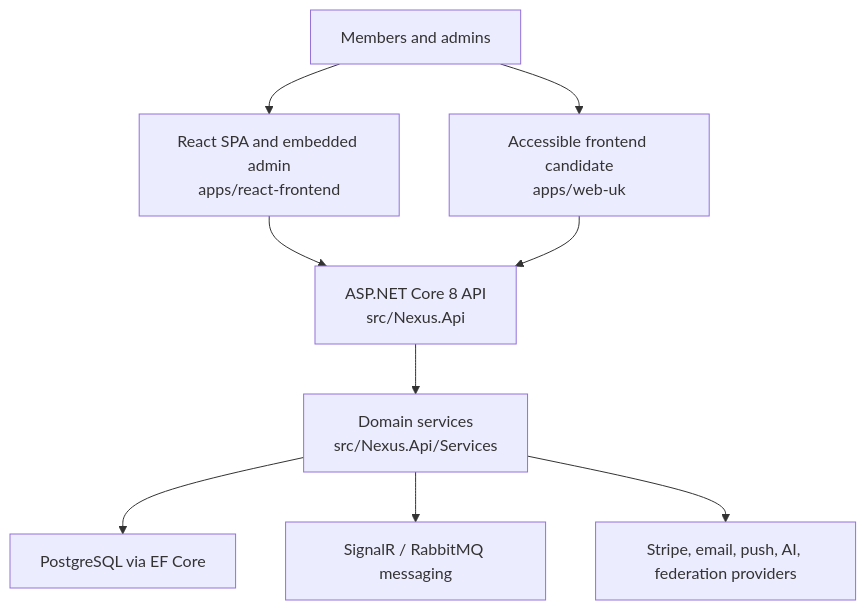
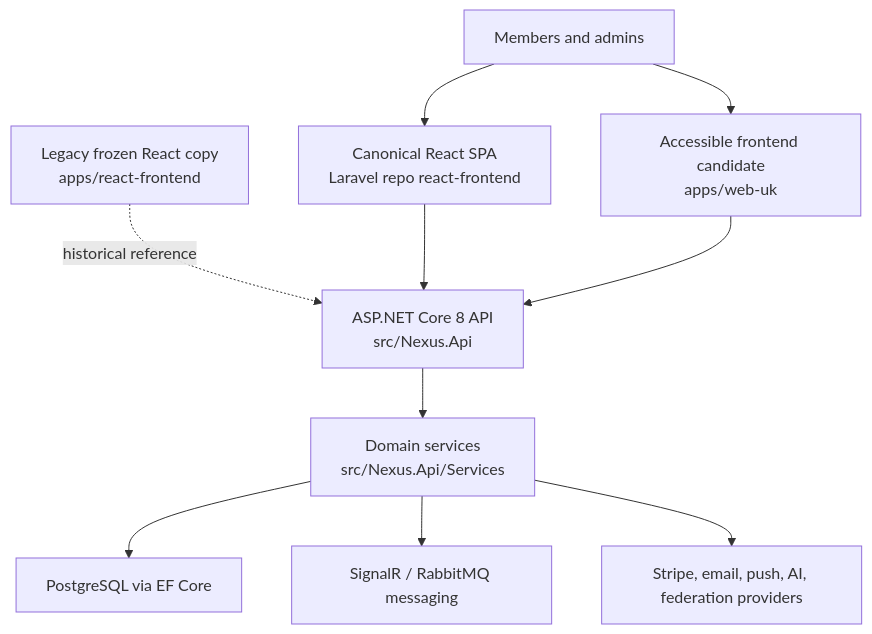
Before and after one commit to jasperfordesq-ai/api.project-nexus.net: the diagram in docs/ARCHITECTURE.md, drawn with Mermaid. The commit also changed other lines of this file and 10 other files, not shown here.

````diff
--- a/docs/ARCHITECTURE.md
+++ b/docs/ARCHITECTURE.md
@@ -10,20 +10,22 @@
 ```mermaid
 flowchart TD
     users["Members and admins"]
-    react["React SPA and embedded admin\napps/react-frontend"]
+    react["Canonical React SPA\nLaravel repo react-frontend"]
+    legacyReact["Legacy frozen React copy\napps/react-frontend"]
     webuk["Accessible frontend candidate\napps/web-uk"]
     api["ASP.NET Core 8 API\nsrc/Nexus.Api"]
     services["Domain services\nsrc/Nexus.Api/Services"]
     db["PostgreSQL via EF Core"]
     messaging["SignalR / RabbitMQ messaging"]
     external["Stripe, email, push, AI, federation providers"]
 
     users --> react
+    legacyReact -. historical reference .-> api
     users --> webuk
     react --> api
     webuk --> api
     api --> services
     services --> db
     services --> messaging
     services --> external
 ```
````
